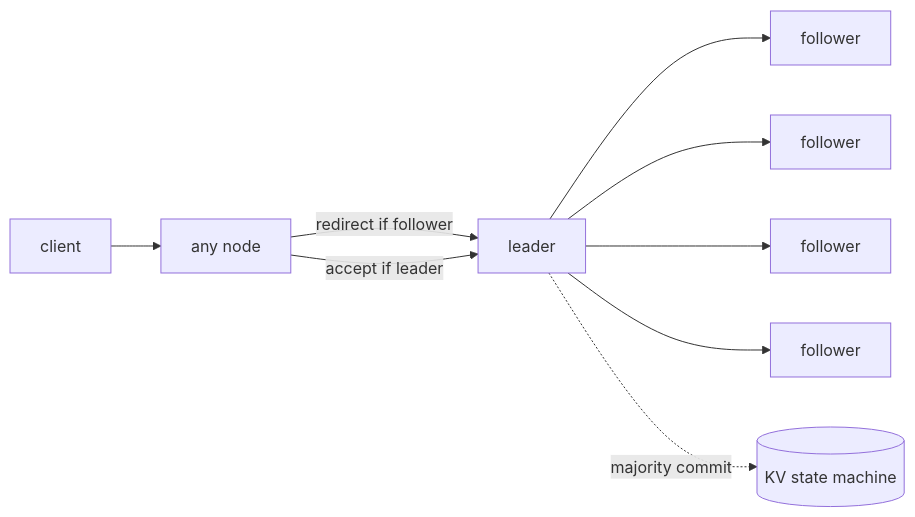
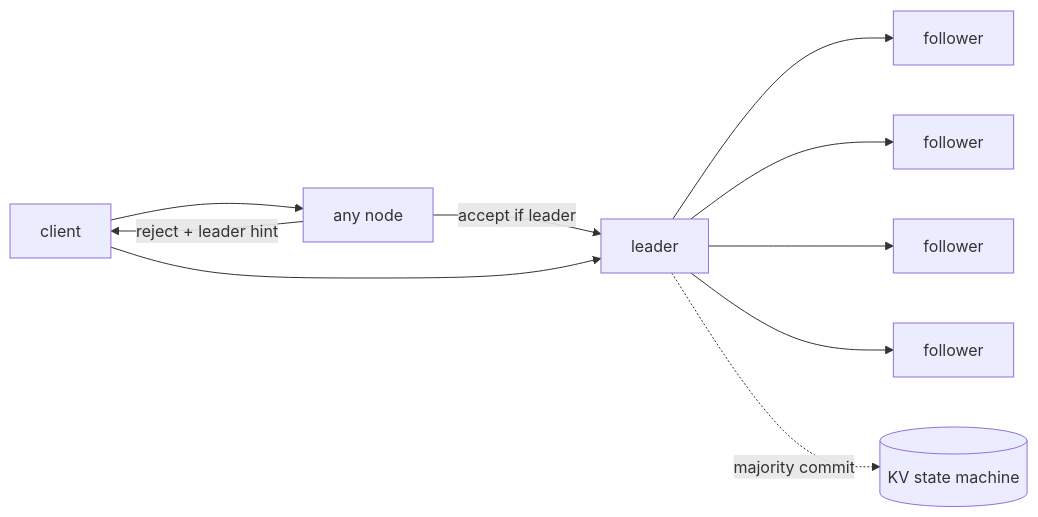
One commit to stra-ta/raft-kv changed the diagram in README.md. Above: the diagram before and after it, drawn with Mermaid. The commit also changed other lines of this file, not shown here.

````diff
--- a/README.md
+++ b/README.md
@@ -47,11 +52,12 @@
 ```mermaid
 flowchart LR
     C[client] --> A[any node]
-    A -- redirect if follower --> L[leader]
-    A -- accept if leader --> L
+    A -- reject + leader hint --> C
+    A -- accept if leader --> L[leader]
+    C --> L
     L --> F1[follower]
     L --> F2[follower]
     L --> F3[follower]
     L --> F4[follower]
     L -. majority commit .-> S[(KV state machine)]
 ```
````
